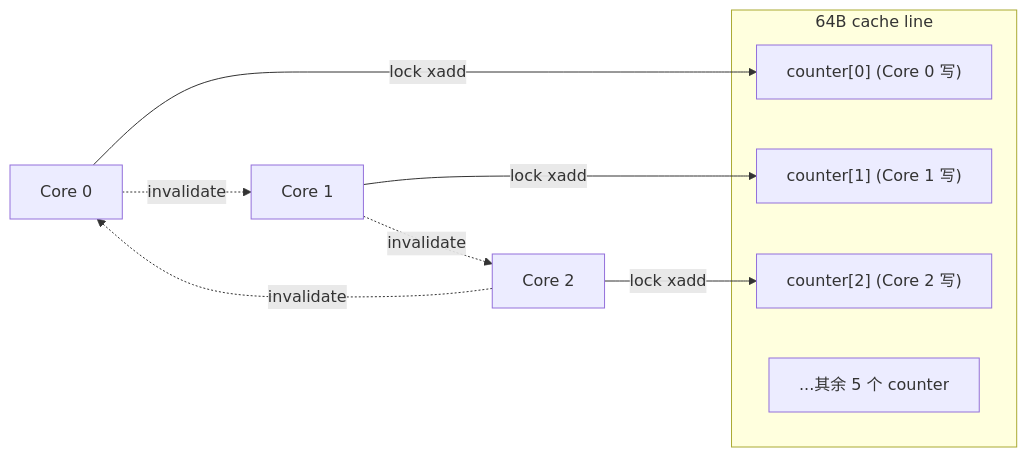
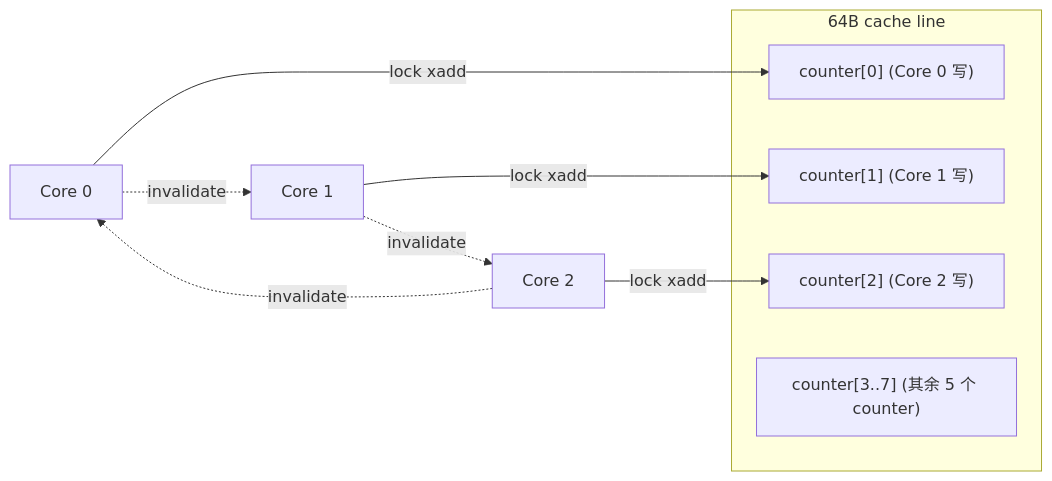
The second of 5 diagrams in ai-infra-tutorial/part0-foundations-of-systems/0a7-false-sharing.md (qxhy123/learn), drawn with Mermaid before and after one commit. The commit also changed 15 other files, not shown here.

````diff
--- a/ai-infra-tutorial/part0-foundations-of-systems/0a7-false-sharing.md
+++ b/ai-infra-tutorial/part0-foundations-of-systems/0a7-false-sharing.md
@@ -126,15 +126,15 @@
 ```mermaid
 flowchart LR
   subgraph Line64B["64B cache line"]
     A["counter[0] (Core 0 写)"]
     B["counter[1] (Core 1 写)"]
     C["counter[2] (Core 2 写)"]
-    D["...其余 5 个 counter"]
+    D["counter[3..7] (其余 5 个 counter)"]
   end
   C0[Core 0] -->|"lock xadd"| A
   C1[Core 1] -->|"lock xadd"| B
   C2[Core 2] -->|"lock xadd"| C
   C0 -. invalidate .-> C1
   C1 -. invalidate .-> C2
   C2 -. invalidate .-> C0
 ```
````
